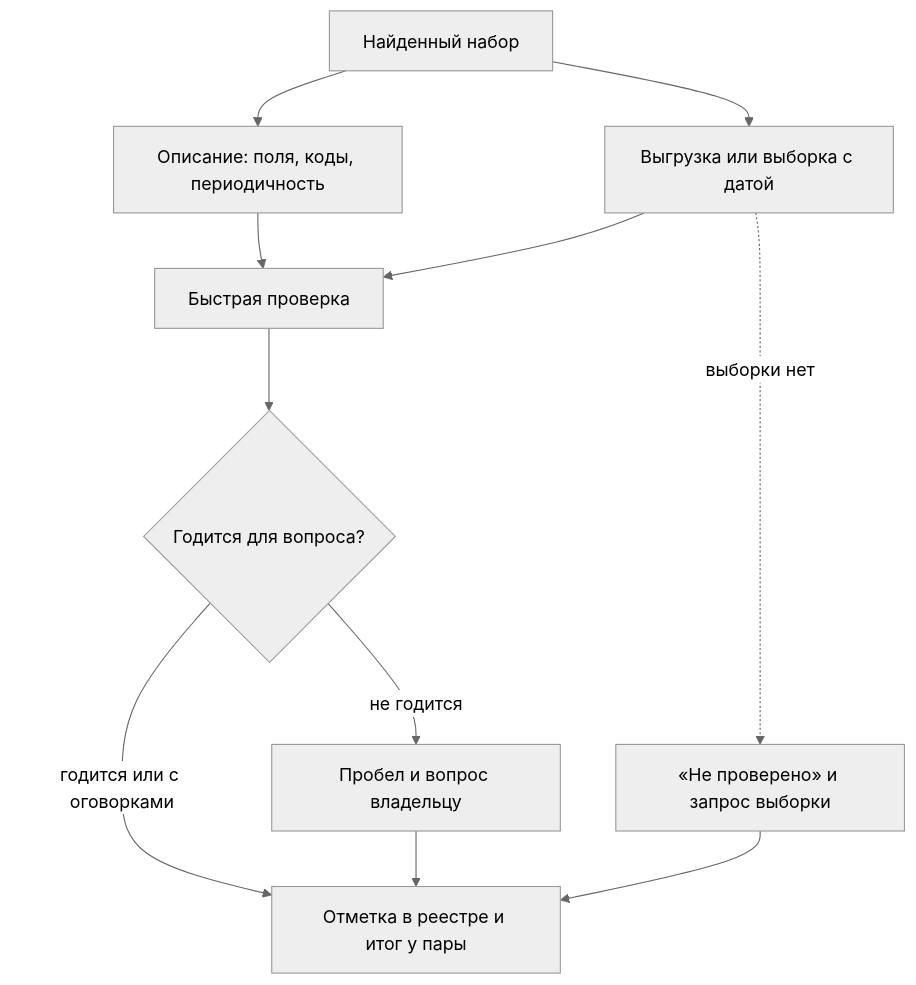
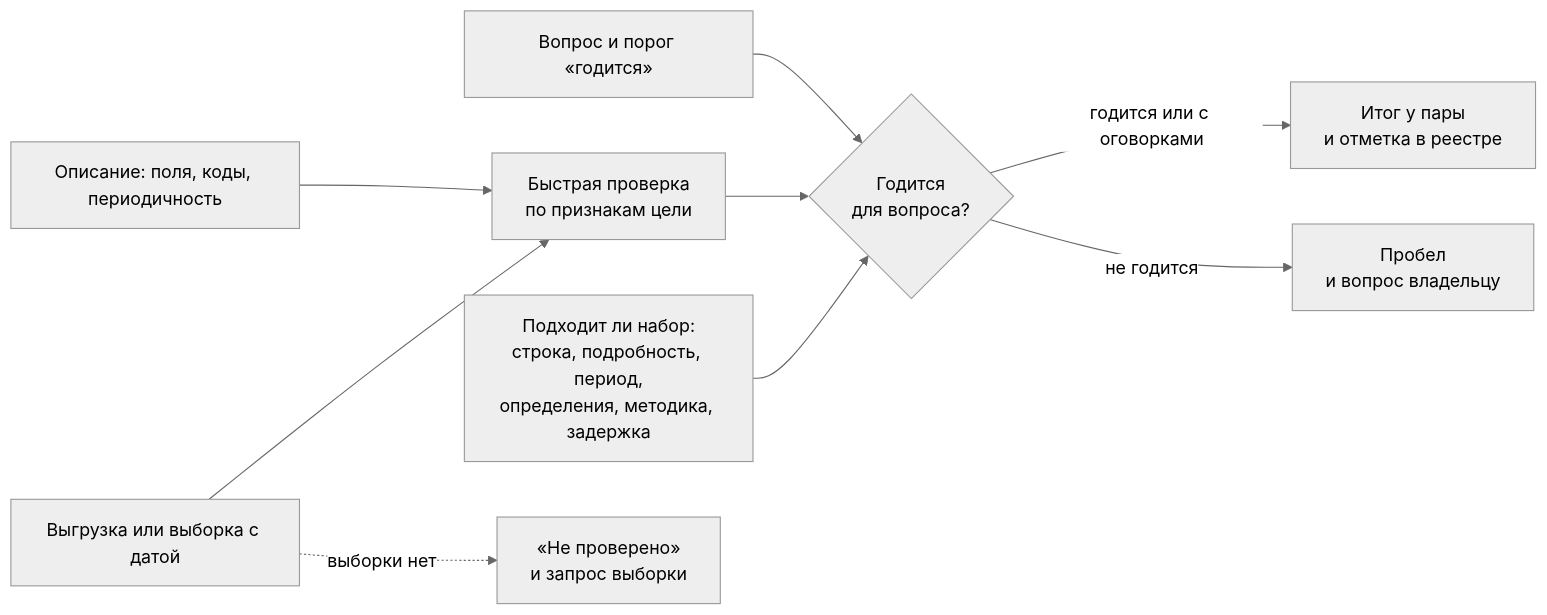
One commit to ivbeg/data-inventory changed the diagram in docs/03-process/07-quality.md. Above: the diagram before and after it, drawn with Mermaid (neutral theme). The commit also changed other lines of this file and 54 other files, not shown here.

````diff
--- a/docs/03-process/07-quality.md
+++ b/docs/03-process/07-quality.md
@@ -21,13 +147,11 @@
 ```mermaid
-flowchart TB
-  N["Найденный набор"] --> D["Описание: поля, коды, периодичность"]
-  N --> S["Выгрузка или выборка с датой"]
-  D --> Q["Быстрая проверка"]
-  S --> Q
-  Q --> V{"Годится для вопроса?"}
-  V -- годится или с оговорками --> R["Отметка в реестре и итог у пары"]
-  V -- не годится --> G["Пробел и вопрос владельцу"]
-  G --> R
-  S -. выборки нет .-> U["«Не проверено» и запрос выборки"]
-  U --> R
+flowchart LR
+  Q["Вопрос и порог «годится»"] --> V{"Годится<br/>для вопроса?"}
+  D["Описание: поля, коды, периодичность"] --> C["Быстрая проверка<br/>по признакам цели"]
+  S["Выгрузка или выборка с датой"] --> C
+  C --> V
+  F["Подходит ли набор:<br/>строка, подробность, период,<br/>определения, методика, задержка"] --> V
+  V -- "годится или с оговорками" --> R["Итог у пары<br/>и отметка в реестре"]
+  V -- "не годится" --> G["Пробел<br/>и вопрос владельцу"]
+  S -. "выборки нет" .-> U["«Не проверено»<br/>и запрос выборки"]
 ```
````
